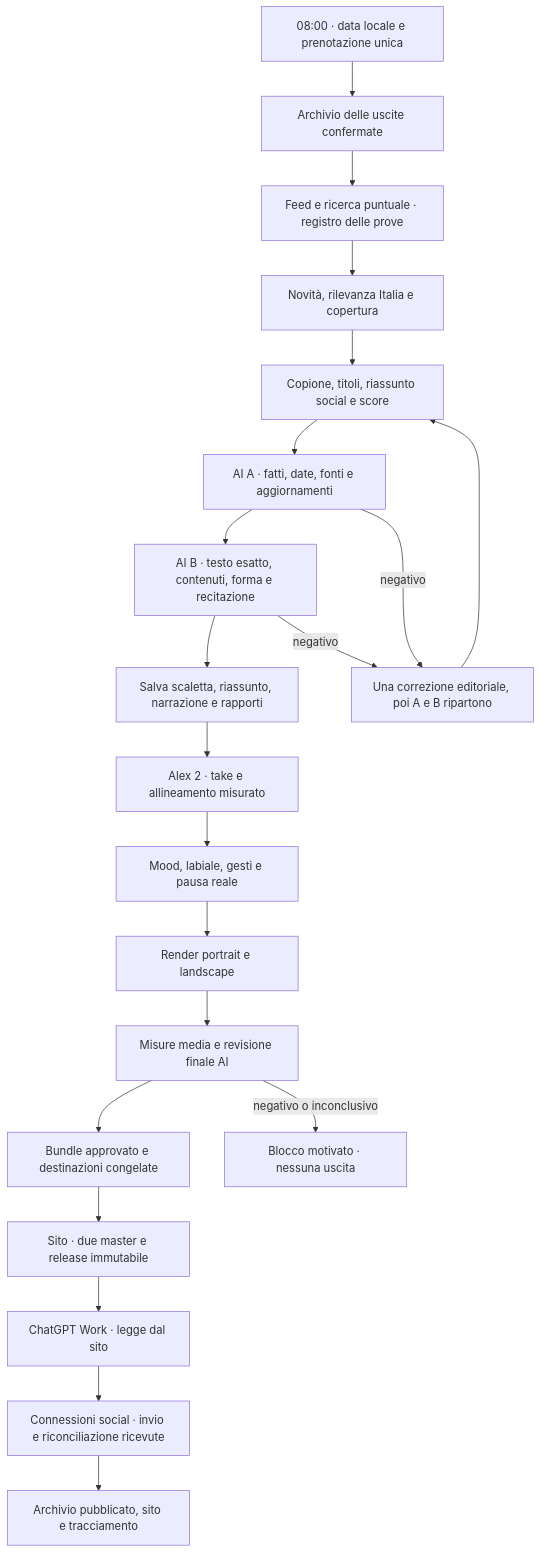
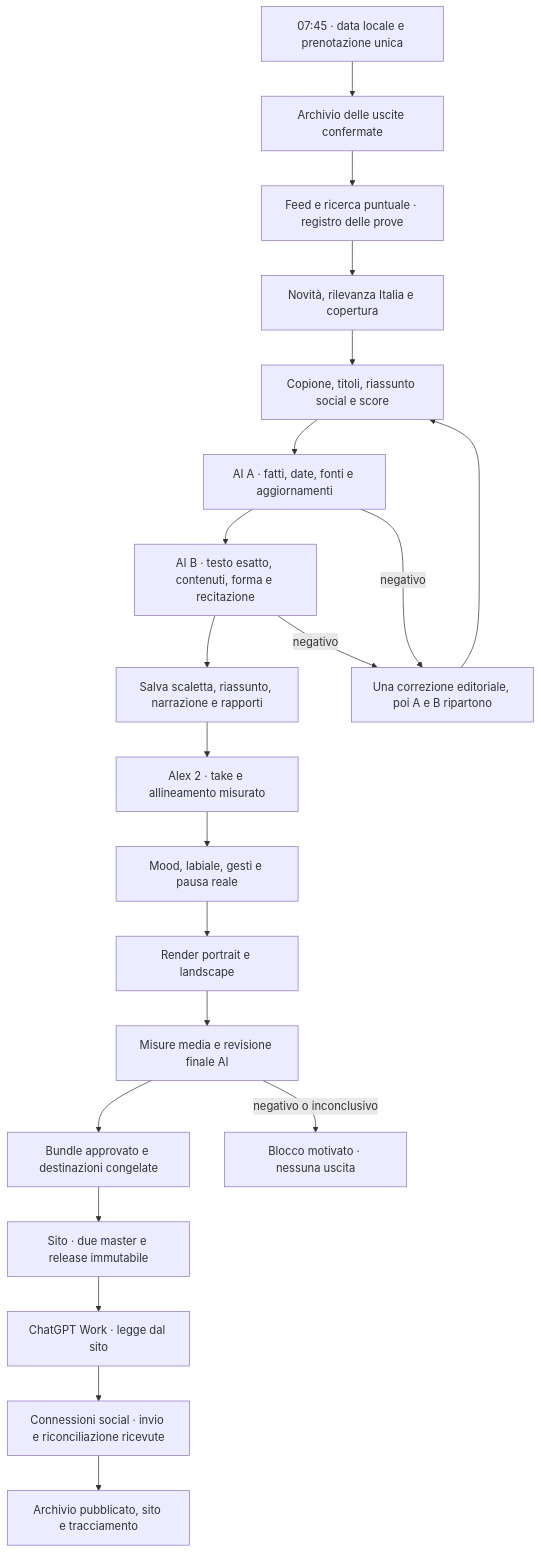
Before and after one commit to vgflutter/conclavia-meeting-avatar: the diagram in docs/tg/cdaily-agent-runbook.md, drawn with Mermaid. The commit also changed other lines of this file and 4 other files, not shown here.

````diff
--- a/docs/tg/cdaily-agent-runbook.md
+++ b/docs/tg/cdaily-agent-runbook.md
@@ -90,23 +90,23 @@
 ```mermaid
 flowchart TD
-  S[08:00 · data locale e prenotazione unica] --> H[Archivio delle uscite confermate]
+  S[07:45 · data locale e prenotazione unica] --> H[Archivio delle uscite confermate]
   H --> R[Feed e ricerca puntuale · registro delle prove]
   R --> N[Novità, rilevanza Italia e copertura]
   N --> E[Copione, titoli, riassunto social e score]
   E --> A[AI A · fatti, date, fonti e aggiornamenti]
   A --> B[AI B · testo esatto, contenuti, forma e recitazione]
   B --> T[Salva scaletta, riassunto, narrazione e rapporti]
   T --> V[Alex 2 · take e allineamento misurato]
   V --> M[Mood, labiale, gesti e pausa reale]
   M --> F[Render portrait e landscape]
   F --> Q[Misure media e revisione finale AI]
   Q --> P[Bundle approvato e destinazioni congelate]
   P --> SITE[Sito · due master e release immutabile]
   SITE --> W[ChatGPT Work · legge dal sito]
   W --> O[Connessioni social · invio e riconciliazione ricevute]
   O --> D[Archivio pubblicato, sito e tracciamento]
   A -->|negativo| X[Una correzione editoriale, poi A e B ripartono]
   B -->|negativo| X
   X --> E
   Q -->|negativo o inconclusivo| STOP[Blocco motivato · nessuna uscita]
 ```
````
